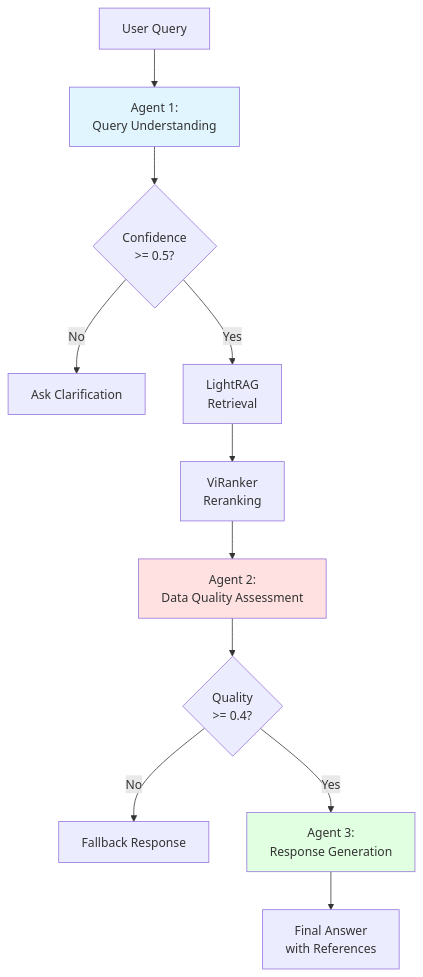
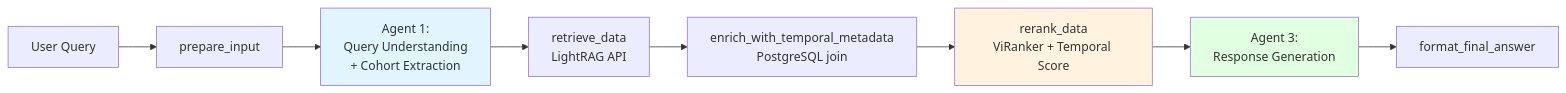
One commit to Jajajou/UIT_DOCS_AGENT changed the third of 9 diagrams in docs/thesis/TECHNICAL_REPORT_COMPREHENSIVE.md. Above: the diagram before and after it, drawn with Mermaid. The commit also changed other lines of this file and 9 other files, not shown here.

````diff
--- a/docs/thesis/TECHNICAL_REPORT_COMPREHENSIVE.md
+++ b/docs/thesis/TECHNICAL_REPORT_COMPREHENSIVE.md
@@ -323,17 +325,14 @@
 ```mermaid
-graph TD
-    A[User Query] --> B[Agent 1:<br/>Query Understanding]
-    B --> C{Confidence<br/>>= 0.5?}
-    C -->|No| D[Ask Clarification]
-    C -->|Yes| E[LightRAG<br/>Retrieval]
-    E --> F[ViRanker<br/>Reranking]
-    F --> G[Agent 2:<br/>Data Quality Assessment]
-    G --> H{Quality<br/>>= 0.4?}
-    H -->|No| I[Fallback Response]
-    H -->|Yes| J[Agent 3:<br/>Response Generation]
-    J --> K[Final Answer<br/>with References]
+graph LR
+    A[User Query] --> B[prepare_input]
+    B --> C[Agent 1:<br/>Query Understanding<br/>+ Cohort Extraction]
+    C --> D[retrieve_data<br/>LightRAG API]
+    D --> E[enrich_with_temporal_metadata<br/>PostgreSQL join]
+    E --> F[rerank_data<br/>ViRanker + Temporal Score]
+    F --> G[Agent 3:<br/>Response Generation]
+    G --> H[format_final_answer]
 
-    style B fill:#e1f5ff
-    style G fill:#ffe1e1
-    style J fill:#e1ffe1
+    style C fill:#e1f5ff
+    style F fill:#fff3e0
+    style G fill:#e1ffe1
 ```
````
